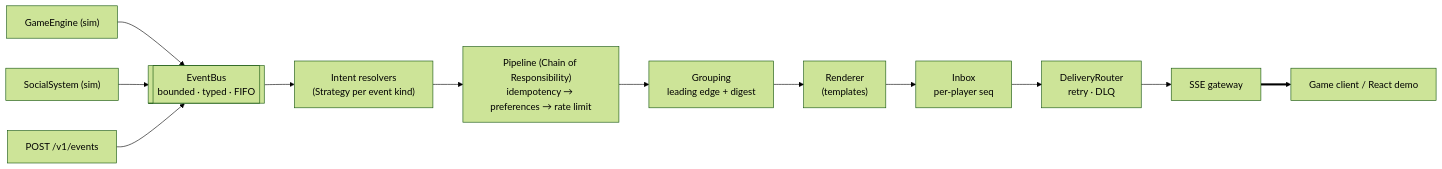
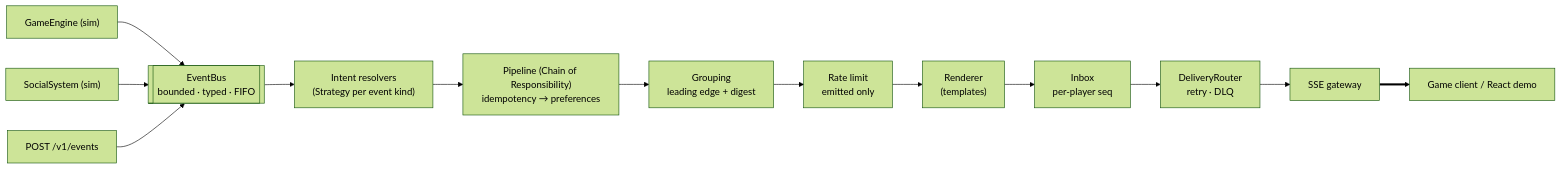
Before and after one commit to SarthakB11/gamenotify: the diagram in README.md, drawn with Mermaid (forest theme). The commit also changed other lines of this file and 6 other files, not shown here.

Commit message:
fix(core): apply rate limit after grouping so held events spend no tokens

````diff
--- a/README.md
+++ b/README.md
@@ -105,11 +105,11 @@
 ```mermaid
 flowchart LR
   GE["GameEngine (sim)"] --> BUS[["EventBus<br/>bounded · typed · FIFO"]]
   SS["SocialSystem (sim)"] --> BUS
   API["POST /v1/events"] --> BUS
   BUS --> R["Intent resolvers<br/>(Strategy per event kind)"]
-  R --> P["Pipeline (Chain of Responsibility)<br/>idempotency → preferences → rate limit"]
-  P --> G["Grouping<br/>leading edge + digest"]
-  G --> RN["Renderer<br/>(templates)"] --> IB["Inbox<br/>per-player seq"] --> D["DeliveryRouter<br/>retry · DLQ"]
+  R --> P["Pipeline (Chain of Responsibility)<br/>idempotency → preferences"]
+  P --> G["Grouping<br/>leading edge + digest"] --> L["Rate limit<br/>emitted only"]
+  L --> RN["Renderer<br/>(templates)"] --> IB["Inbox<br/>per-player seq"] --> D["DeliveryRouter<br/>retry · DLQ"]
   D --> SSE["SSE gateway"] ==> C["Game client / React demo"]
 ```
````
